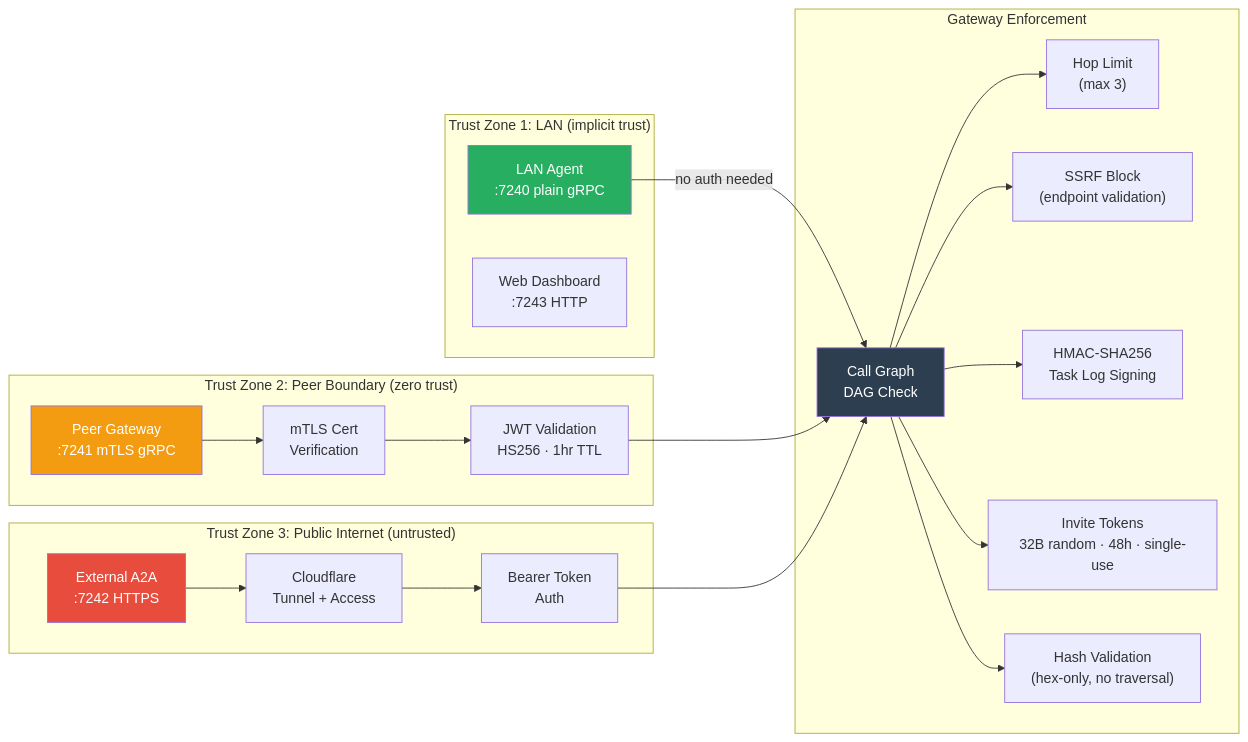
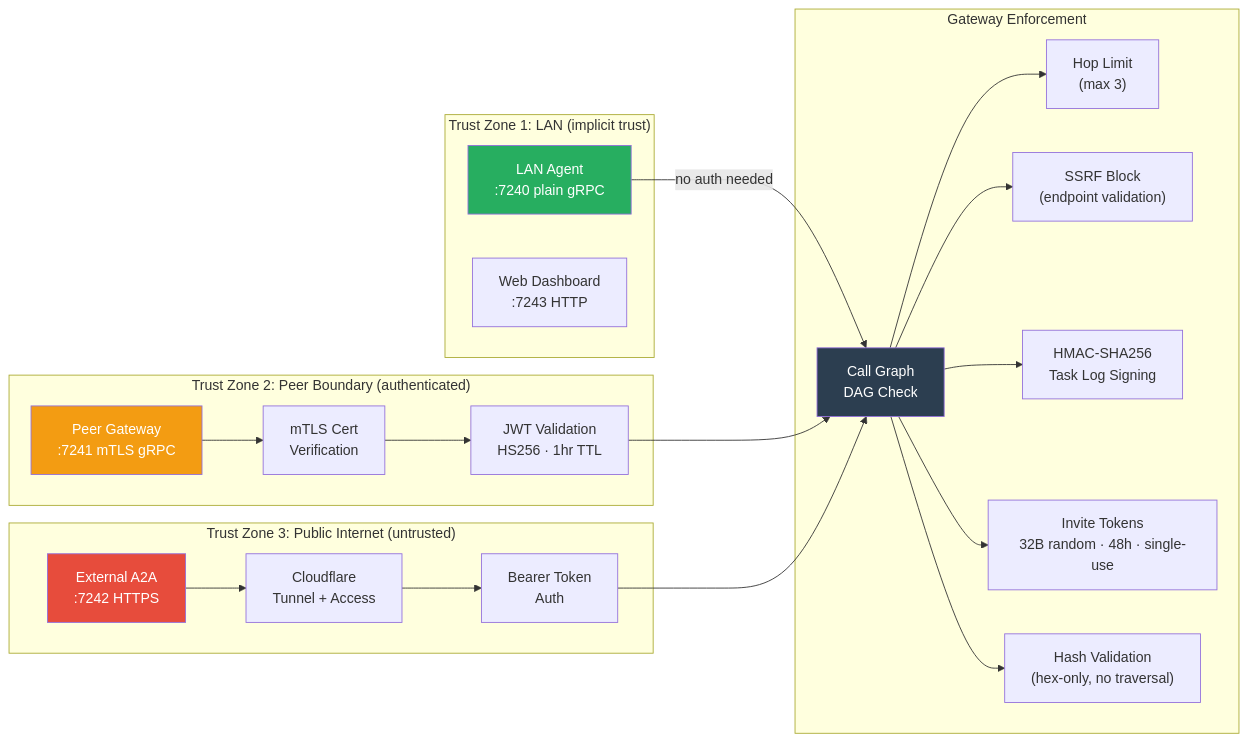
The second of 5 diagrams in README.md (agentmcmillan/Tools-A2A), drawn with Mermaid before and after one commit. The commit also changed other lines of this file and 20 other files, not shown here.

````diff
--- a/README.md
+++ b/README.md
@@ -93,41 +95,41 @@
 ```mermaid
 graph LR
     subgraph "Trust Zone 1: LAN (implicit trust)"
         AGENT["LAN Agent<br/>:7240 plain gRPC"]
         WEB["Web Dashboard<br/>:7243 HTTP"]
     end
 
-    subgraph "Trust Zone 2: Peer Boundary (zero trust)"
+    subgraph "Trust Zone 2: Peer Boundary (authenticated)"
         PEER["Peer Gateway<br/>:7241 mTLS gRPC"]
         JWT["JWT Validation<br/>HS256 · 1hr TTL"]
         CERT["mTLS Cert<br/>Verification"]
     end
 
     subgraph "Trust Zone 3: Public Internet (untrusted)"
         EXT["External A2A<br/>:7242 HTTPS"]
         CFTUN["Cloudflare<br/>Tunnel + Access"]
         BEARER["Bearer Token<br/>Auth"]
     end
 
     subgraph "Gateway Enforcement"
         CG["Call Graph<br/>DAG Check"]
         HOP["Hop Limit<br/>(max 3)"]
         SSRF["SSRF Block<br/>(endpoint validation)"]
         HMAC["HMAC-SHA256<br/>Task Log Signing"]
         INVITE["Invite Tokens<br/>32B random · 48h · single-use"]
         HASH["Hash Validation<br/>(hex-only, no traversal)"]
     end
 
     AGENT -->|"no auth needed"| CG --> HOP
     PEER --> CERT --> JWT --> CG
     EXT --> CFTUN --> BEARER --> CG
     CG --> SSRF
     CG --> HMAC
     CG --> INVITE
     CG --> HASH
 
     style AGENT fill:#27ae60,color:#fff
     style PEER fill:#f39c12,color:#fff
     style EXT fill:#e74c3c,color:#fff
     style CG fill:#2c3e50,color:#fff
 ```
````
